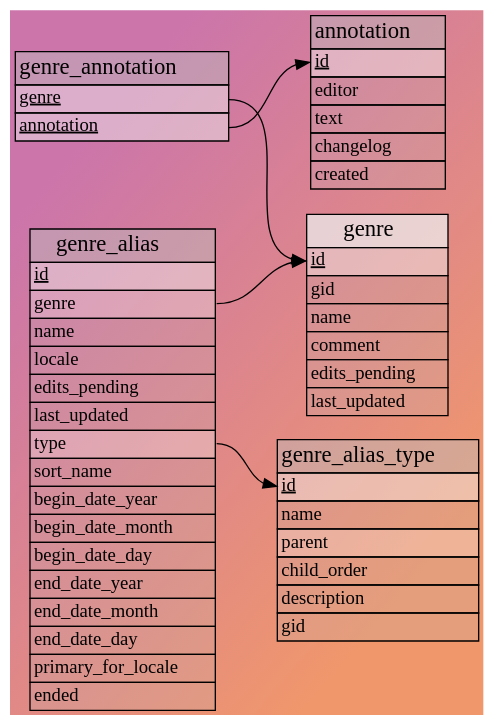
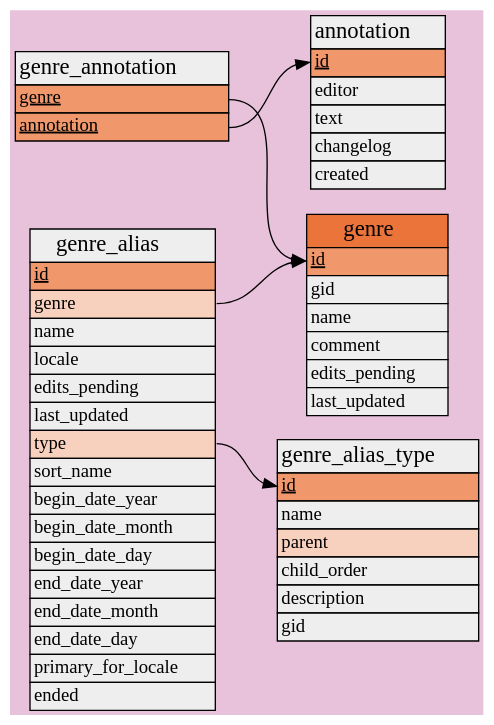
One commit to metabrainz/musicbrainz-server changed the diagram in docs/database_schema_diagrams/graphs/genre_entity_details.dot. Above: the diagram before and after it, drawn with Graphviz. The commit also changed 45 other files, not shown here.

First line of the commit message:
Regenerate graphs and images with new colors

```diff
--- a/docs/database_schema_diagrams/graphs/genre_entity_details.dot
+++ b/docs/database_schema_diagrams/graphs/genre_entity_details.dot
@@ -1,93 +1,92 @@
 // Automatically generated, do not edit.
 // - Database schema sequence: 30
 digraph genre_entity_details {
     tooltip = "Tables for the “genre” entity type properties"
     graph [
-        bgcolor = "#cb75ab:#f0976c"
+        bgcolor = "#e8c2da"
         concentrate = true
-        gradientangle = 330
         pack = true
         rankdir = "LR"
     ];
     node [
         shape = plain
     ];
 
     // Tables
     "musicbrainz.annotation" [
         label = <
             <table border="0" cellspacing="0" cellborder="1">
-                <tr><td bgcolor="#bbbbbb77"><font point-size="17">annotation</font></td></tr>
-                <tr><td bgcolor="#eeeeee77" align="left" port="id"><font point-size="14"><u>id</u></font></td></tr>
-                <tr><td bgcolor="#bbbbbb33" align="left" port="editor"><font point-size="14">editor</font></td></tr>
-                <tr><td bgcolor="#bbbbbb33" align="left" port="text"><font point-size="14">text</font></td></tr>
-                <tr><td bgcolor="#bbbbbb33" align="left" port="changelog"><font point-size="14">changelog</font></td></tr>
-                <tr><td bgcolor="#bbbbbb33" align="left" port="created"><font point-size="14">created</font></td></tr>
+                <tr><td bgcolor="#eeeeee"><font point-size="17">annotation</font></td></tr>
+                <tr><td bgcolor="#f0976c" align="left" port="id"><font point-size="14"><u>id</u></font></td></tr>
+                <tr><td bgcolor="#eeeeee" align="left" port="editor"><font point-size="14">editor</font></td></tr>
+                <tr><td bgcolor="#eeeeee" align="left" port="text"><font point-size="14">text</font></td></tr>
+                <tr><td bgcolor="#eeeeee" align="left" port="changelog"><font point-size="14">changelog</font></td></tr>
+                <tr><td bgcolor="#eeeeee" align="left" port="created"><font point-size="14">created</font></td></tr>
             </table>
         >
     ];
     "musicbrainz.genre" [
         label = <
             <table border="0" cellspacing="0" cellborder="1">
-                <tr><td bgcolor="#eeeeeebb"><font point-size="17">genre</font></td></tr>
-                <tr><td bgcolor="#eeeeee77" align="left" port="id"><font point-size="14"><u>id</u></font></td></tr>
-                <tr><td bgcolor="#bbbbbb33" align="left" port="gid"><font point-size="14">gid</font></td></tr>
-                <tr><td bgcolor="#bbbbbb33" align="left" port="name"><font point-size="14">name</font></td></tr>
-                <tr><td bgcolor="#bbbbbb33" align="left" port="comment"><font point-size="14">comment</font></td></tr>
-                <tr><td bgcolor="#bbbbbb33" align="left" port="edits_pending"><font point-size="14">edits_pending</font></td></tr>
-                <tr><td bgcolor="#bbbbbb33" align="left" port="last_updated"><font point-size="14">last_updated</font></td></tr>
+                <tr><td bgcolor="#eb743b"><font point-size="17">genre</font></td></tr>
+                <tr><td bgcolor="#f0976c" align="left" port="id"><font point-size="14"><u>id</u></font></td></tr>
+                <tr><td bgcolor="#eeeeee" align="left" port="gid"><font point-size="14">gid</font></td></tr>
+                <tr><td bgcolor="#eeeeee" align="left" port="name"><font point-size="14">name</font></td></tr>
+                <tr><td bgcolor="#eeeeee" align="left" port="comment"><font point-size="14">comment</font></td></tr>
+                <tr><td bgcolor="#eeeeee" align="left" port="edits_pending"><font point-size="14">edits_pending</font></td></tr>
+                <tr><td bgcolor="#eeeeee" align="left" port="last_updated"><font point-size="14">last_updated</font></td></tr>
             </table>
         >
     ];
     "musicbrainz.genre_alias" [
         label = <
             <table border="0" cellspacing="0" cellborder="1">
-                <tr><td bgcolor="#bbbbbb77"><font point-size="17">genre_alias</font></td></tr>
-                <tr><td bgcolor="#eeeeee77" align="left" port="id"><font point-size="14"><u>id</u></font></td></tr>
-                <tr><td bgcolor="#eeeeee55" align="left" port="genre"><font point-size="14">genre</font></td></tr>
-                <tr><td bgcolor="#bbbbbb33" align="left" port="name"><font point-size="14">name</font></td></tr>
-                <tr><td bgcolor="#bbbbbb33" align="left" port="locale"><font point-size="14">locale</font></td></tr>
-                <tr><td bgcolor="#bbbbbb33" align="left" port="edits_pending"><font point-size="14">edits_pending</font></td></tr>
-                <tr><td bgcolor="#bbbbbb33" align="left" port="last_updated"><font point-size="14">last_updated</font></td></tr>
-                <tr><td bgcolor="#eeeeee55" align="left" port="type"><font point-size="14">type</font></td></tr>
-                <tr><td bgcolor="#bbbbbb33" align="left" port="sort_name"><font point-size="14">sort_name</font></td></tr>
-                <tr><td bgcolor="#bbbbbb33" align="left" port="begin_date_year"><font point-size="14">begin_date_year</font></td></tr>
-                <tr><td bgcolor="#bbbbbb33" align="left" port="begin_date_month"><font point-size="14">begin_date_month</font></td></tr>
-                <tr><td bgcolor="#bbbbbb33" align="left" port="begin_date_day"><font point-size="14">begin_date_day</font></td></tr>
-                <tr><td bgcolor="#bbbbbb33" align="left" port="end_date_year"><font point-size="14">end_date_year</font></td></tr>
-                <tr><td bgcolor="#bbbbbb33" align="left" port="end_date_month"><font point-size="14">end_date_month</font></td></tr>
-                <tr><td bgcolor="#bbbbbb33" align="left" port="end_date_day"><font point-size="14">end_date_day</font></td></tr>
-                <tr><td bgcolor="#bbbbbb33" align="left" port="primary_for_locale"><font point-size="14">primary_for_locale</font></td></tr>
-                <tr><td bgcolor="#bbbbbb33" align="left" port="ended"><font point-size="14">ended</font></td></tr>
+                <tr><td bgcolor="#eeeeee"><font point-size="17">genre_alias</font></td></tr>
+                <tr><td bgcolor="#f0976c" align="left" port="id"><font point-size="14"><u>id</u></font></td></tr>
+                <tr><td bgcolor="#f8d1be" align="left" port="genre"><font point-size="14">genre</font></td></tr>
+                <tr><td bgcolor="#eeeeee" align="left" port="name"><font point-size="14">name</font></td></tr>
+                <tr><td bgcolor="#eeeeee" align="left" port="locale"><font point-size="14">locale</font></td></tr>
+                <tr><td bgcolor="#eeeeee" align="left" port="edits_pending"><font point-size="14">edits_pending</font></td></tr>
+                <tr><td bgcolor="#eeeeee" align="left" port="last_updated"><font point-size="14">last_updated</font></td></tr>
+                <tr><td bgcolor="#f8d1be" align="left" port="type"><font point-size="14">type</font></td></tr>
+                <tr><td bgcolor="#eeeeee" align="left" port="sort_name"><font point-size="14">sort_name</font></td></tr>
+                <tr><td bgcolor="#eeeeee" align="left" port="begin_date_year"><font point-size="14">begin_date_year</font></td></tr>
+                <tr><td bgcolor="#eeeeee" align="left" port="begin_date_month"><font point-size="14">begin_date_month</font></td></tr>
+                <tr><td bgcolor="#eeeeee" align="left" port="begin_date_day"><font point-size="14">begin_date_day</font></td></tr>
+                <tr><td bgcolor="#eeeeee" align="left" port="end_date_year"><font point-size="14">end_date_year</font></td></tr>
+                <tr><td bgcolor="#eeeeee" align="left" port="end_date_month"><font point-size="14">end_date_month</font></td></tr>
+                <tr><td bgcolor="#eeeeee" align="left" port="end_date_day"><font point-size="14">end_date_day</font></td></tr>
+                <tr><td bgcolor="#eeeeee" align="left" port="primary_for_locale"><font point-size="14">primary_for_locale</font></td></tr>
+                <tr><td bgcolor="#eeeeee" align="left" port="ended"><font point-size="14">ended</font></td></tr>
             </table>
         >
     ];
     "musicbrainz.genre_alias_type" [
         label = <
             <table border="0" cellspacing="0" cellborder="1">
-                <tr><td bgcolor="#bbbbbb77"><font point-size="17">genre_alias_type</font></td></tr>
-                <tr><td bgcolor="#eeeeee77" align="left" port="id"><font point-size="14"><u>id</u></font></td></tr>
-                <tr><td bgcolor="#bbbbbb33" align="left" port="name"><font point-size="14">name</font></td></tr>
-                <tr><td bgcolor="#eeeeee55" align="left" port="parent"><font point-size="14">parent</font></td></tr>
-                <tr><td bgcolor="#bbbbbb33" align="left" port="child_order"><font point-size="14">child_order</font></td></tr>
-                <tr><td bgcolor="#bbbbbb33" align="left" port="description"><font point-size="14">description</font></td></tr>
-                <tr><td bgcolor="#bbbbbb33" align="left" port="gid"><font point-size="14">gid</font></td></tr>
+                <tr><td bgcolor="#eeeeee"><font point-size="17">genre_alias_type</font></td></tr>
+                <tr><td bgcolor="#f0976c" align="left" port="id"><font point-size="14"><u>id</u></font></td></tr>
+                <tr><td bgcolor="#eeeeee" align="left" port="name"><font point-size="14">name</font></td></tr>
+                <tr><td bgcolor="#f8d1be" align="left" port="parent"><font point-size="14">parent</font></td></tr>
+                <tr><td bgcolor="#eeeeee" align="left" port="child_order"><font point-size="14">child_order</font></td></tr>
+                <tr><td bgcolor="#eeeeee" align="left" port="description"><font point-size="14">description</font></td></tr>
+                <tr><td bgcolor="#eeeeee" align="left" port="gid"><font point-size="14">gid</font></td></tr>
             </table>
         >
     ];
     "musicbrainz.genre_annotation" [
         label = <
             <table border="0" cellspacing="0" cellborder="1">
-                <tr><td bgcolor="#bbbbbb77"><font point-size="17">genre_annotation</font></td></tr>
-                <tr><td bgcolor="#eeeeee77" align="left" port="genre"><font point-size="14"><u>genre</u></font></td></tr>
-                <tr><td bgcolor="#eeeeee77" align="left" port="annotation"><font point-size="14"><u>annotation</u></font></td></tr>
+                <tr><td bgcolor="#eeeeee"><font point-size="17">genre_annotation</font></td></tr>
+                <tr><td bgcolor="#f0976c" align="left" port="genre"><font point-size="14"><u>genre</u></font></td></tr>
+                <tr><td bgcolor="#f0976c" align="left" port="annotation"><font point-size="14"><u>annotation</u></font></td></tr>
             </table>
         >
     ];
 
     // References
     "musicbrainz.genre_alias":"genre" -> "musicbrainz.genre":"id"
     "musicbrainz.genre_alias":"type" -> "musicbrainz.genre_alias_type":"id"
     "musicbrainz.genre_annotation":"genre" -> "musicbrainz.genre":"id"
     "musicbrainz.genre_annotation":"annotation" -> "musicbrainz.annotation":"id"
 }
```
